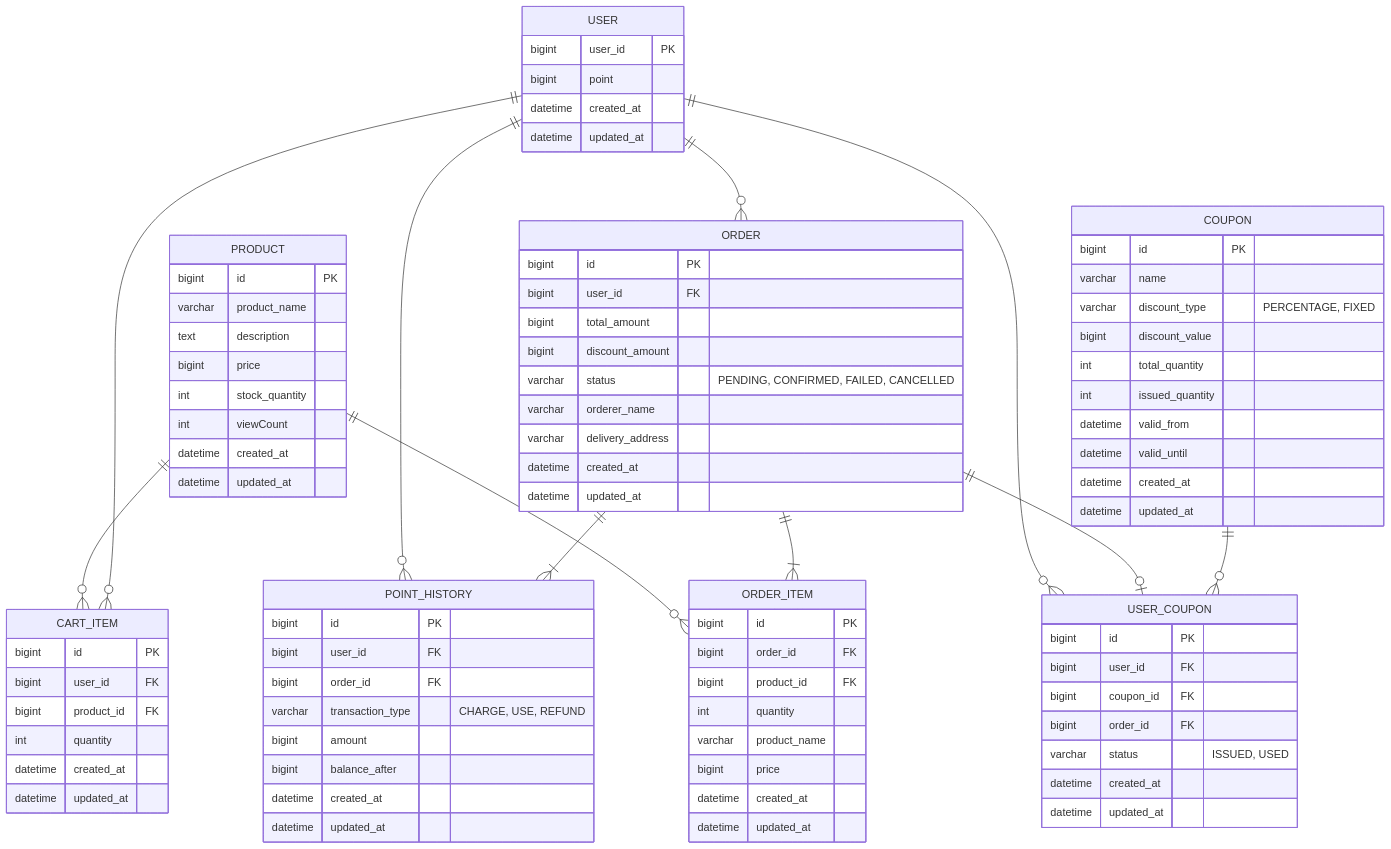
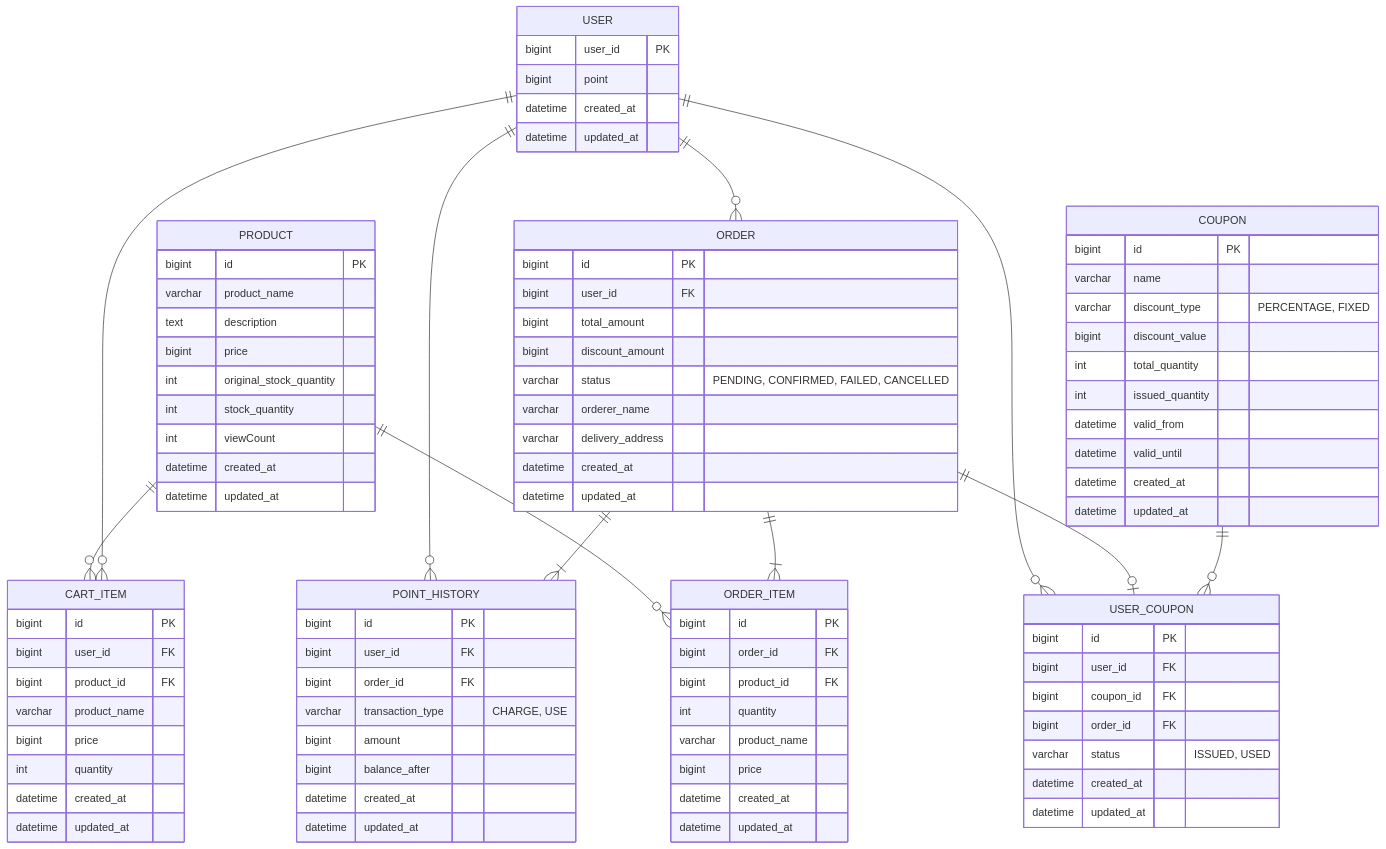
The diagram in docs/erd.md (kimujin99/hhplus10_w2), drawn with Mermaid before and after one commit. The commit also changed 5 other files, not shown here.

Commit message:
docs: api 명세서, erd 설계 변경 및 README.md에 동시성 제어 분석섹션 추가

```diff
--- a/docs/erd.md
+++ b/docs/erd.md
@@ -42,6 +42,7 @@
         varchar product_name
         text description
         bigint price
+        int original_stock_quantity
         int stock_quantity
         int viewCount
         datetime created_at
@@ -52,6 +53,8 @@
         bigint id PK
         bigint user_id FK
         bigint product_id FK
+        varchar product_name
+        bigint price
         int quantity
         datetime created_at
         datetime updated_at
@@ -72,7 +75,7 @@
         bigint id PK
         bigint user_id FK
         bigint order_id FK
-        varchar transaction_type "CHARGE, USE, REFUND"
+        varchar transaction_type "CHARGE, USE"
         bigint amount
         bigint balance_after
         datetime created_at
```
